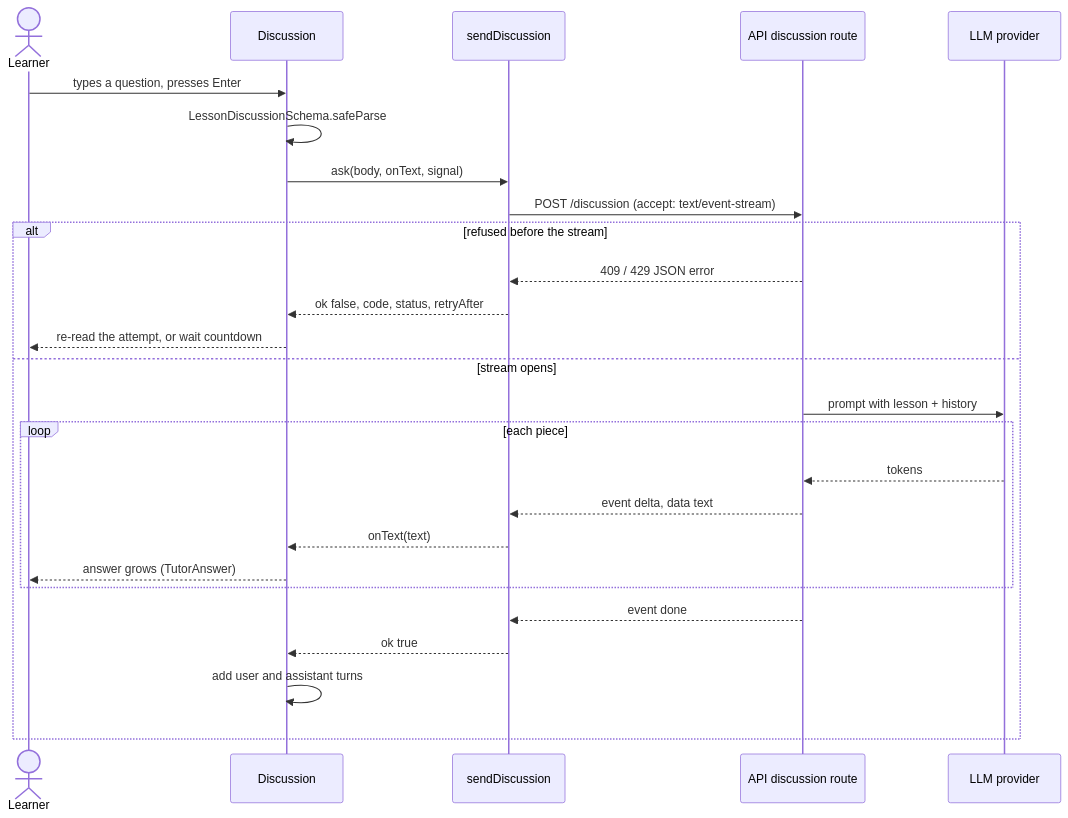
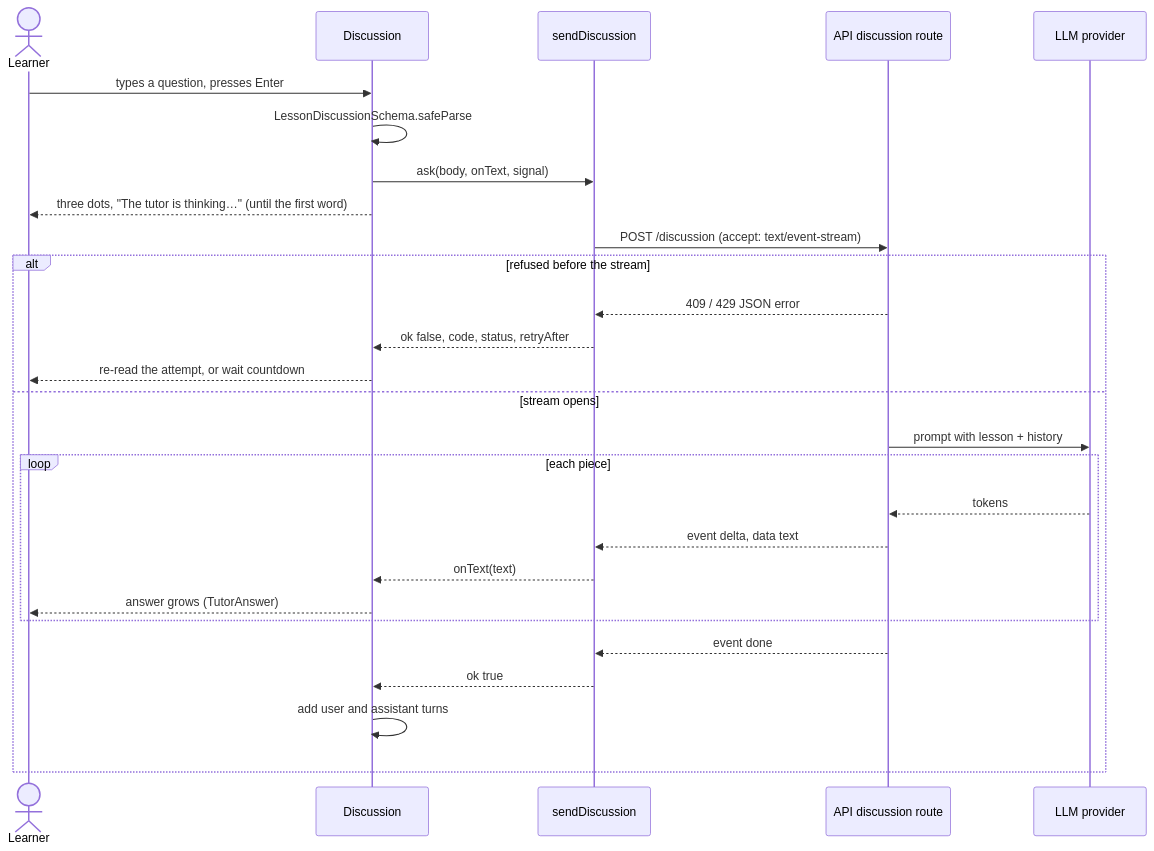
The fourth of 4 diagrams in docs/web/07-lesson-player.md (VictorBro/ft_transcendence), drawn with Mermaid before and after one commit. The commit also changed other lines of this file and 223 other files, not shown here.

````diff
--- a/docs/web/07-lesson-player.md
+++ b/docs/web/07-lesson-player.md
@@ -1143,28 +1156,29 @@
 ```mermaid
 sequenceDiagram
   actor L as Learner
   participant D as Discussion
   participant C as sendDiscussion
   participant API as API discussion route
   participant LLM as LLM provider
   L->>D: types a question, presses Enter
   D->>D: LessonDiscussionSchema.safeParse
   D->>C: ask(body, onText, signal)
+  D-->>L: three dots, "The tutor is thinking…" (until the first word)
   C->>API: POST /discussion (accept: text/event-stream)
   alt refused before the stream
     API-->>C: 409 / 429 JSON error
     C-->>D: ok false, code, status, retryAfter
     D-->>L: re-read the attempt, or wait countdown
   else stream opens
     API->>LLM: prompt with lesson + history
     loop each piece
       LLM-->>API: tokens
       API-->>C: event delta, data text
       C-->>D: onText(text)
       D-->>L: answer grows (TutorAnswer)
     end
     API-->>C: event done
     C-->>D: ok true
     D->>D: add user and assistant turns
   end
 ```
````
